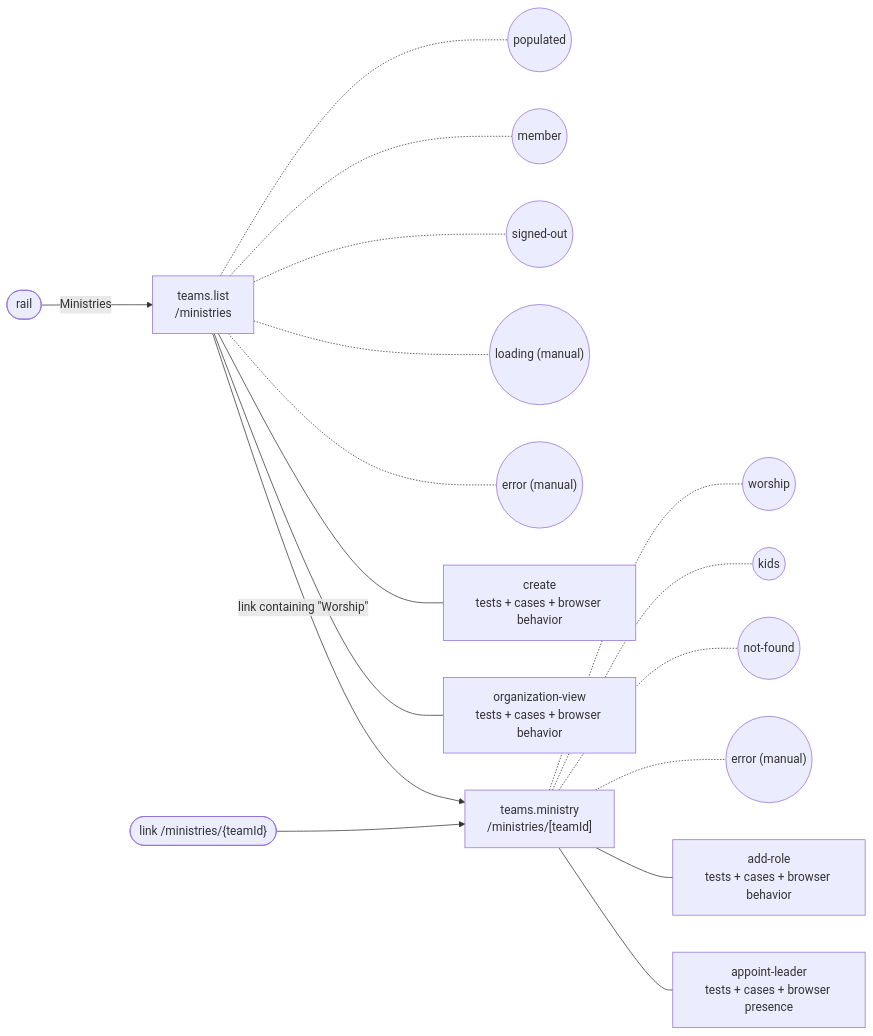
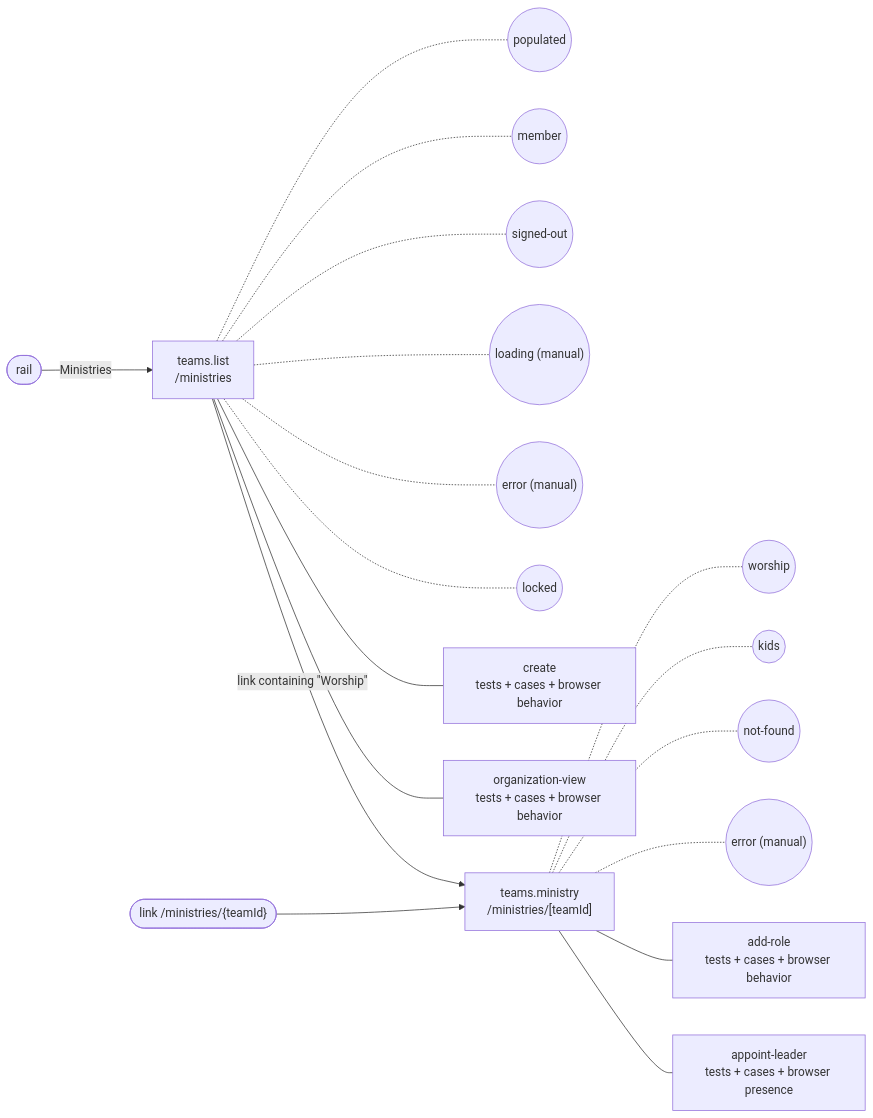
One commit to SebastianGarces/everyfield changed the diagram in docs/feature-maps/teams.md. Above: the diagram before and after it, drawn with Mermaid. The commit also changed other lines of this file and 170 other files, not shown here.

````diff
--- a/docs/feature-maps/teams.md
+++ b/docs/feature-maps/teams.md
@@ -6,23 +6,24 @@
 ```mermaid
 flowchart LR
   rail(["rail"])
   s1_link1(["link /ministries/{teamId}"])
   s0["teams.list<br/>/ministries"]
   rail -- "Ministries" --> s0
   s0 -.- s0_st0(("populated"))
   s0 -.- s0_st1(("member"))
   s0 -.- s0_st2(("signed-out"))
   s0 -.- s0_st3(("loading (manual)"))
   s0 -.- s0_st4(("error (manual)"))
+  s0 -.- s0_st5(("locked"))
   s0 --- s0_b0["create<br/>tests + cases + browser behavior"]
   s0 --- s0_b1["organization-view<br/>tests + cases + browser behavior"]
   s1["teams.ministry<br/>/ministries/[teamId]"]
   s0 -- "link containing #quot;Worship#quot;" --> s1
   s1_link1 --> s1
   s1 -.- s1_st0(("worship"))
   s1 -.- s1_st1(("kids"))
   s1 -.- s1_st2(("not-found"))
   s1 -.- s1_st3(("error (manual)"))
   s1 --- s1_b0["add-role<br/>tests + cases + browser behavior"]
   s1 --- s1_b1["appoint-leader<br/>tests + cases + browser presence"]
 ```
````
